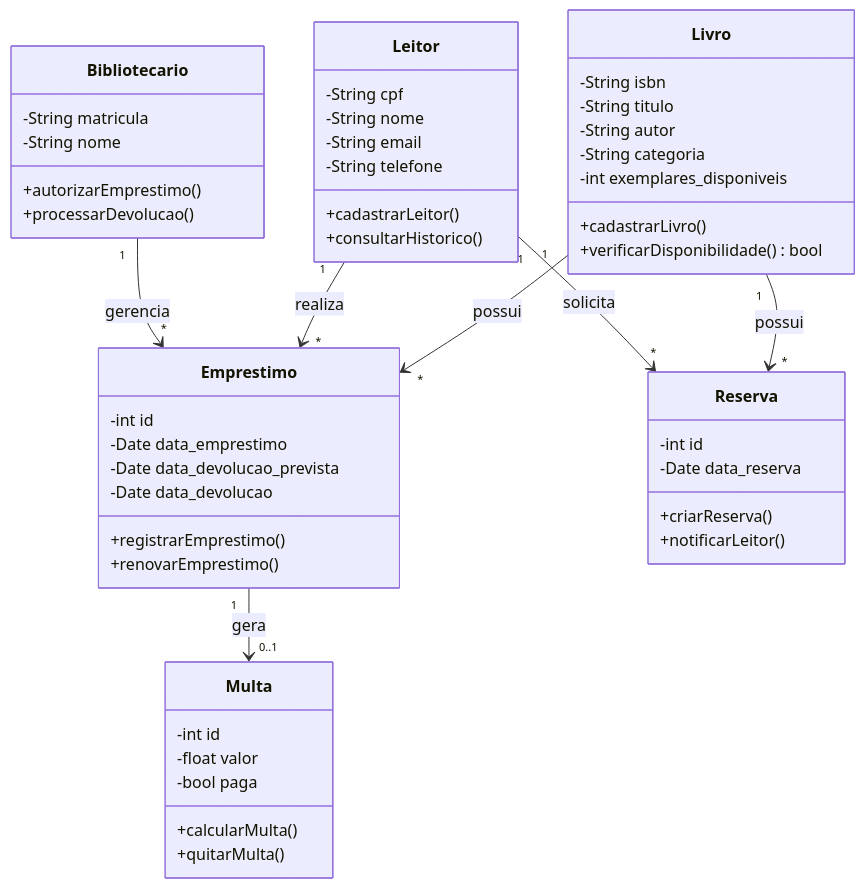
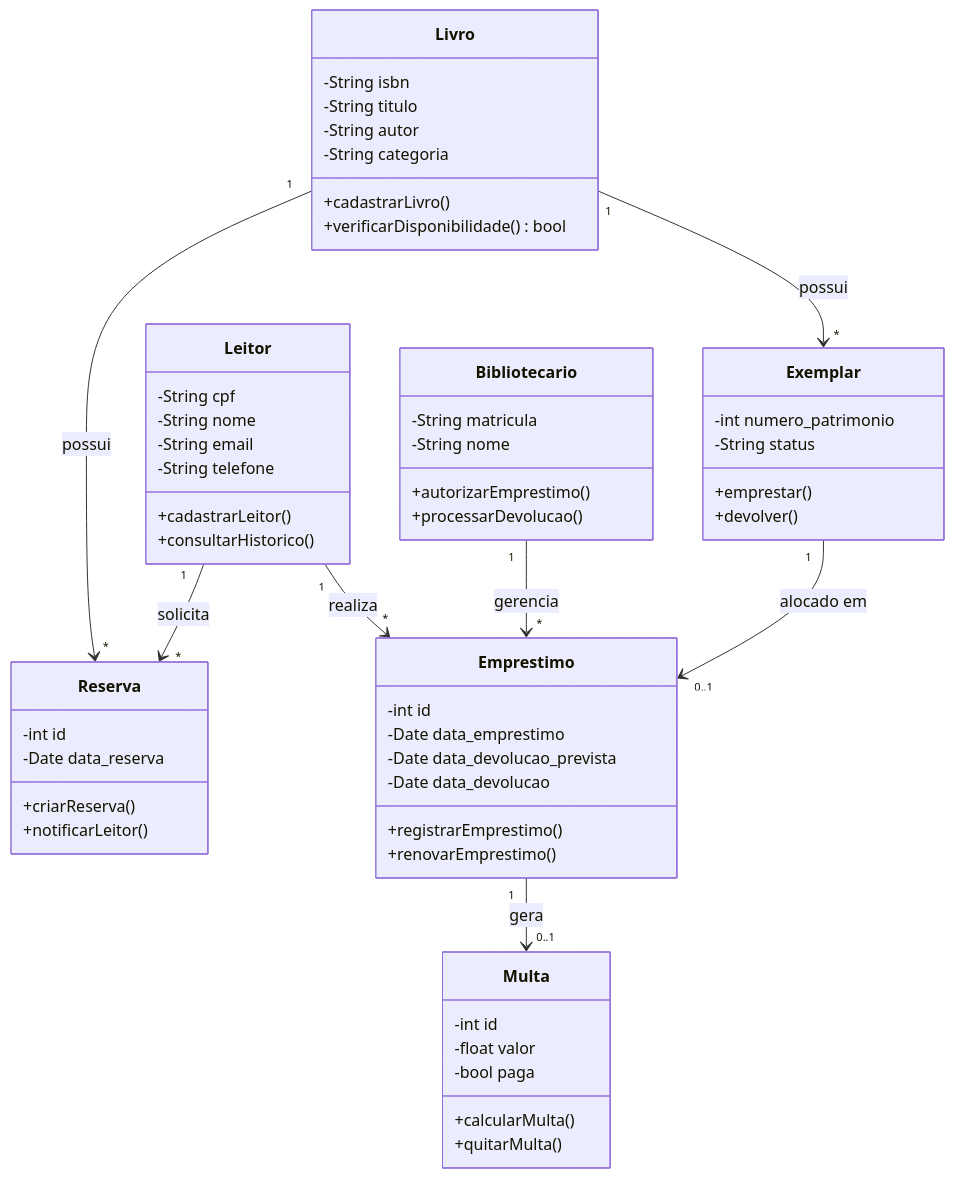
One commit to lucasmzzz/es1-pratica-avaliada-2 changed the first of 3 diagrams in modelagem-uml.md. Above: the diagram before and after it, drawn with Mermaid. The commit also changed other lines of this file, not shown here.

Commit message:
fix: adiciona classe Exemplar no UML e aplica correcoes finais no Python

````diff
--- a/modelagem-uml.md
+++ b/modelagem-uml.md
@@ -5,59 +5,66 @@
 ```mermaid
 classDiagram
     class Livro {
         -String isbn
         -String titulo
         -String autor
         -String categoria
-        -int exemplares_disponiveis
         +cadastrarLivro()
         +verificarDisponibilidade() bool
+    }
+    
+    class Exemplar {
+        -int numero_patrimonio
+        -String status
+        +emprestar()
+        +devolver()
     }
     
     class Leitor {
         -String cpf
         -String nome
         -String email
         -String telefone
         +cadastrarLeitor()
         +consultarHistorico()
     }
     
     class Emprestimo {
         -int id
         -Date data_emprestimo
         -Date data_devolucao_prevista
         -Date data_devolucao
         +registrarEmprestimo()
         +renovarEmprestimo()
     }
     
     class Reserva {
         -int id
         -Date data_reserva
         +criarReserva()
         +notificarLeitor()
     }
     
     class Multa {
         -int id
         -float valor
         -bool paga
         +calcularMulta()
         +quitarMulta()
     }
     
     class Bibliotecario {
         -String matricula
         -String nome
         +autorizarEmprestimo()
         +processarDevolucao()
     }
 
     Bibliotecario "1" --> "*" Emprestimo : gerencia
     Leitor "1" --> "*" Emprestimo : realiza
     Leitor "1" --> "*" Reserva : solicita
-    Livro "1" --> "*" Emprestimo : possui
+    Livro "1" --> "*" Exemplar : possui
+    Exemplar "1" --> "0..1" Emprestimo : alocado em
     Livro "1" --> "*" Reserva : possui
     Emprestimo "1" --> "0..1" Multa : gera
 ```
````
